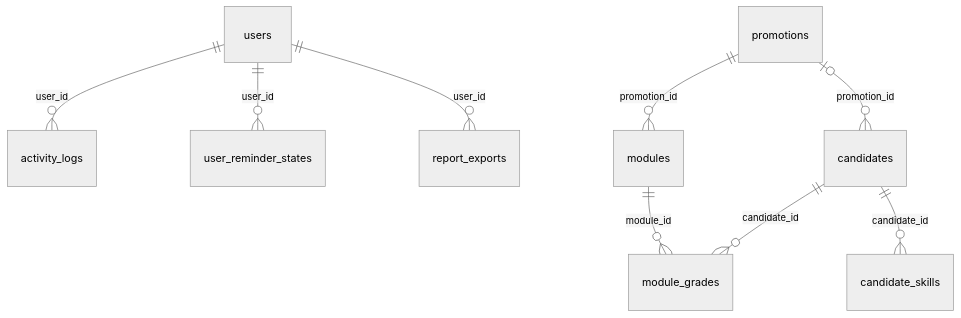
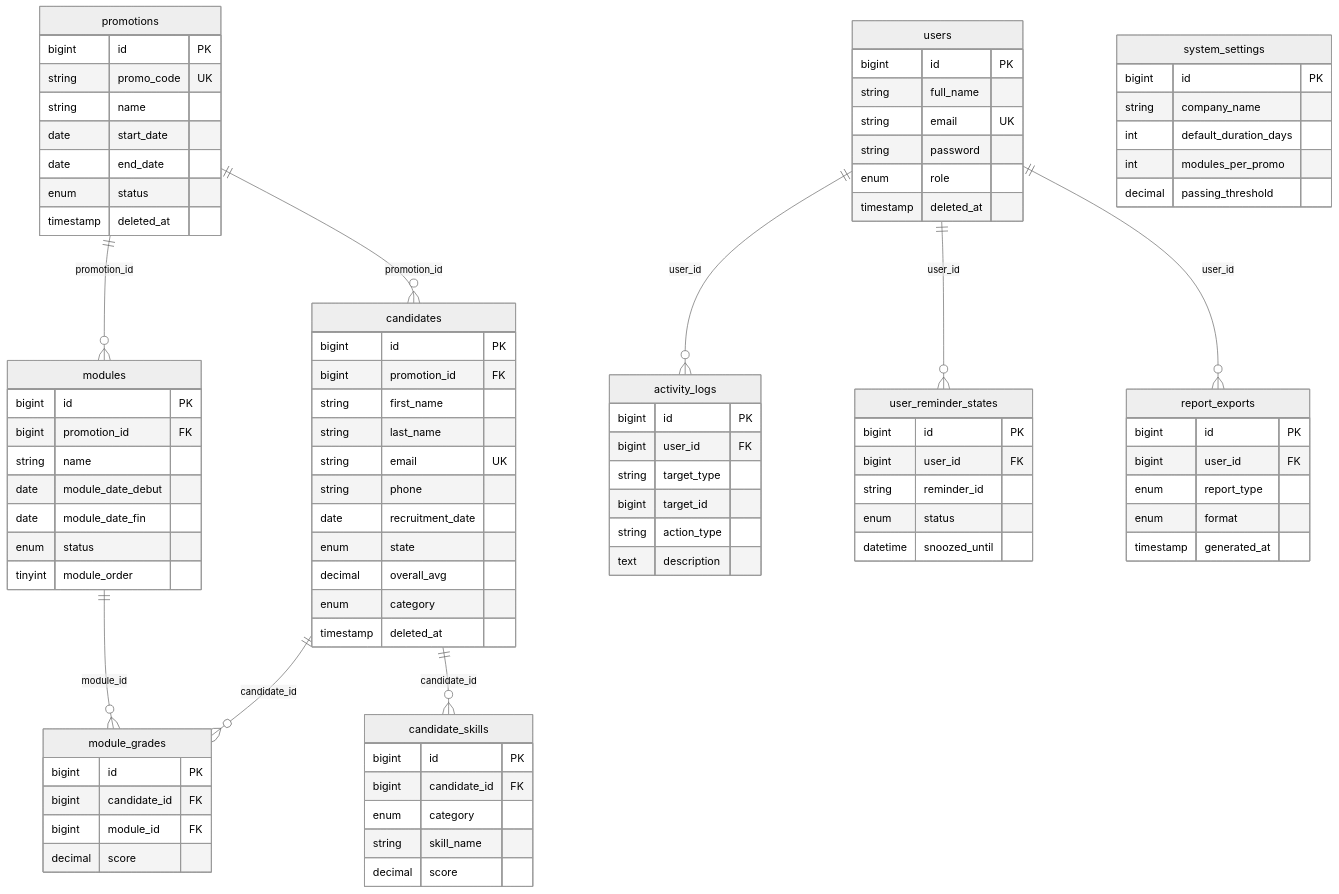
One commit to ayaAhd123/cmh_career_hub changed the fifth of 6 diagrams in docs/uml/mcd-mld-activite.md. Above: the diagram before and after it, drawn with Mermaid (neutral theme). The commit also changed other lines of this file, not shown here.

First line of the commit message:
Fix MLD Mermaid rendering and simplify activity diagrams.

````diff
--- a/docs/uml/mcd-mld-activite.md
+++ b/docs/uml/mcd-mld-activite.md
@@ -418,13 +379,102 @@
 ```mermaid
 erDiagram
-    users ||--o{ activity_logs : "user_id"
-    users ||--o{ user_reminder_states : "user_id"
-    users ||--o{ report_exports : "user_id"
+    users {
+        bigint id PK
+        string full_name
+        string email UK
+        string password
+        enum role
+        timestamp deleted_at
+    }
 
-    promotions ||--o{ modules : "promotion_id"
-    promotions o|--o{ candidates : "promotion_id"
+    promotions {
+        bigint id PK
+        string promo_code UK
+        string name
+        date start_date
+        date end_date
+        enum status
+        timestamp deleted_at
+    }
 
-    candidates ||--o{ module_grades : "candidate_id"
-    modules ||--o{ module_grades : "module_id"
-    candidates ||--o{ candidate_skills : "candidate_id"
+    modules {
+        bigint id PK
+        bigint promotion_id FK
+        string name
+        date module_date_debut
+        date module_date_fin
+        enum status
+        tinyint module_order
+    }
+
+    candidates {
+        bigint id PK
+        bigint promotion_id FK
+        string first_name
+        string last_name
+        string email UK
+        string phone
+        date recruitment_date
+        enum state
+        decimal overall_avg
+        enum category
+        timestamp deleted_at
+    }
+
+    module_grades {
+        bigint id PK
+        bigint candidate_id FK
+        bigint module_id FK
+        decimal score
+    }
+
+    candidate_skills {
+        bigint id PK
+        bigint candidate_id FK
+        enum category
+        string skill_name
+        decimal score
+    }
+
+    system_settings {
+        bigint id PK
+        string company_name
+        int default_duration_days
+        int modules_per_promo
+        decimal passing_threshold
+    }
+
+    activity_logs {
+        bigint id PK
+        bigint user_id FK
+        string target_type
+        bigint target_id
+        string action_type
+        text description
+    }
+
+    user_reminder_states {
+        bigint id PK
+        bigint user_id FK
+        string reminder_id
+        enum status
+        datetime snoozed_until
+    }
+
+    report_exports {
+        bigint id PK
+        bigint user_id FK
+        enum report_type
+        enum format
+        timestamp generated_at
+    }
+
+    promotions ||--o{ modules : promotion_id
+    promotions ||--o{ candidates : promotion_id
+    candidates ||--o{ module_grades : candidate_id
+    modules ||--o{ module_grades : module_id
+    candidates ||--o{ candidate_skills : candidate_id
+    users ||--o{ activity_logs : user_id
+    users ||--o{ user_reminder_states : user_id
+    users ||--o{ report_exports : user_id
 ```
````
